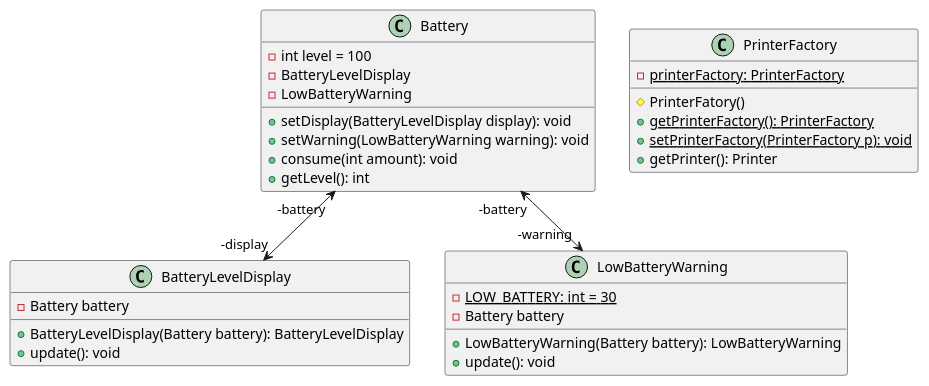
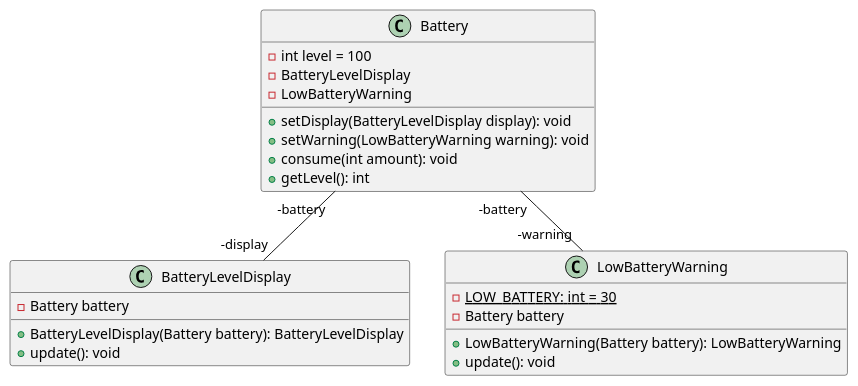
One commit to jadenkim94/java_designpattern changed the diagram in src/main/java/chapter9/prac1/1.puml. Above: the diagram before and after it, drawn with PlantUML. The commit also changed 264 other files, not shown here.

```diff
--- a/src/main/java/chapter9/prac1/1.puml
+++ b/src/main/java/chapter9/prac1/1.puml
@@ -1,39 +1,30 @@
 @startuml
 'https://plantuml.com/class-diagram
 class Battery{
     - int level = 100
     - BatteryLevelDisplay
     - LowBatteryWarning
     + setDisplay(BatteryLevelDisplay display): void
     + setWarning(LowBatteryWarning warning): void
     + consume(int amount): void
     + getLevel(): int
 }
 
 class BatteryLevelDisplay{
     - Battery battery
     + BatteryLevelDisplay(Battery battery): BatteryLevelDisplay
     + update(): void
 }
 
 class LowBatteryWarning{
     -{static} LOW_BATTERY: int = 30
     - Battery battery
     + LowBatteryWarning(Battery battery): LowBatteryWarning
     + update(): void
 }
 
 
-class PrinterFactory {
-  -{static} printerFactory: PrinterFactory
-
-  #PrinterFatory()
-  +{static} getPrinterFactory(): PrinterFactory
-  +{static} setPrinterFactory(PrinterFactory p): void
-  +getPrinter(): Printer
-}
-
-Battery "-battery" <--> "-display" BatteryLevelDisplay
-Battery "-battery" <--> "-warning" LowBatteryWarning
+Battery "-battery" -- "-display" BatteryLevelDisplay
+Battery "-battery" -- "-warning" LowBatteryWarning
 
 @enduml
```
